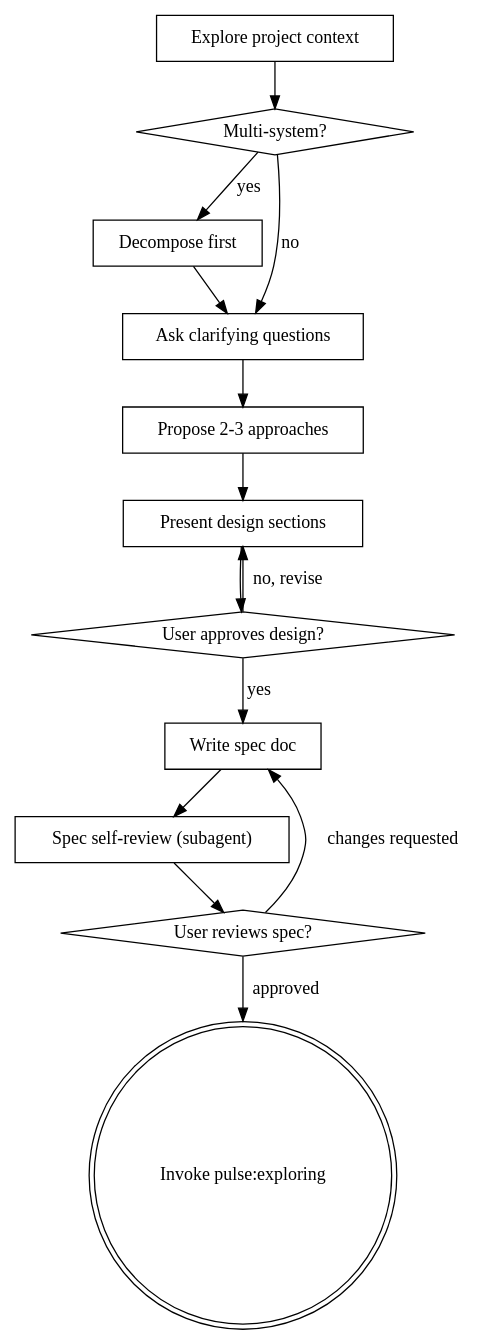
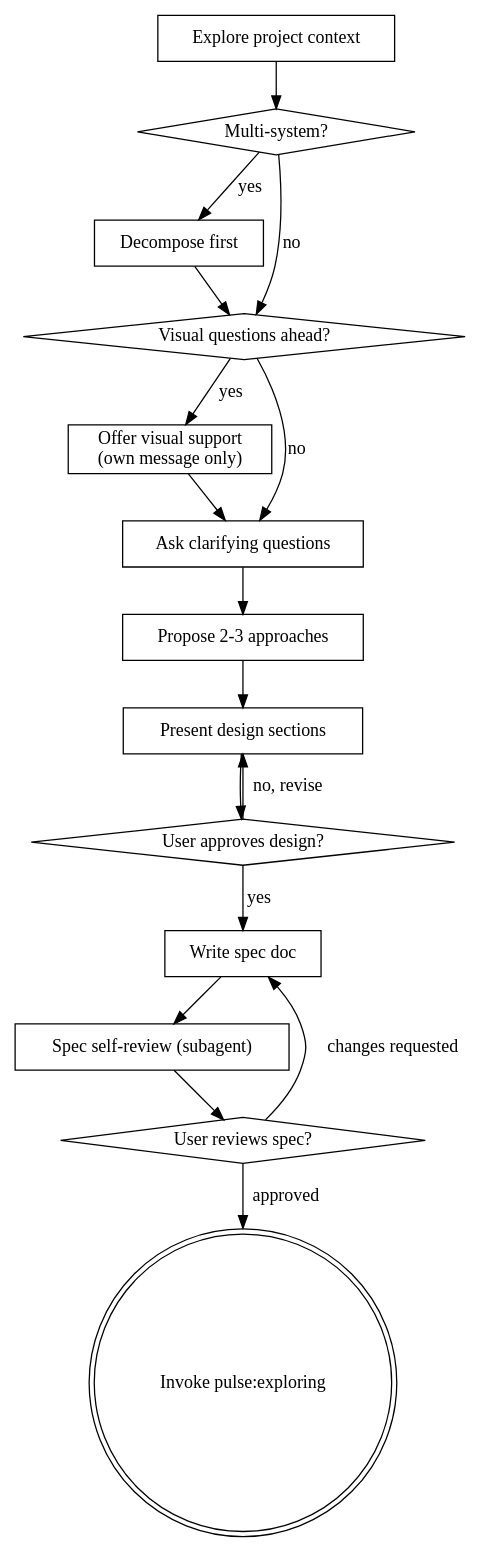
One commit to quanpersie2001/skills changed the diagram in plugins/pulse/skills/brainstorming/SKILL.md. Above: the diagram before and after it, drawn with Graphviz. The commit also changed other lines of this file and 10 other files, not shown here.

````diff
--- a/plugins/pulse/skills/brainstorming/SKILL.md
+++ b/plugins/pulse/skills/brainstorming/SKILL.md
@@ -58,29 +80,34 @@
 ```dot
 digraph brainstorming {
     "Explore project context" [shape=box];
     "Multi-system?" [shape=diamond];
     "Decompose first" [shape=box];
+    "Visual questions ahead?" [shape=diamond];
+    "Offer visual support\n(own message only)" [shape=box];
     "Ask clarifying questions" [shape=box];
     "Propose 2-3 approaches" [shape=box];
     "Present design sections" [shape=box];
     "User approves design?" [shape=diamond];
     "Write spec doc" [shape=box];
     "Spec self-review (subagent)" [shape=box];
     "User reviews spec?" [shape=diamond];
     "Invoke pulse:exploring" [shape=doublecircle];
 
     "Explore project context" -> "Multi-system?";
     "Multi-system?" -> "Decompose first" [label="yes"];
-    "Multi-system?" -> "Ask clarifying questions" [label="no"];
-    "Decompose first" -> "Ask clarifying questions";
+    "Multi-system?" -> "Visual questions ahead?" [label="no"];
+    "Decompose first" -> "Visual questions ahead?";
+    "Visual questions ahead?" -> "Offer visual support\n(own message only)" [label="yes"];
+    "Visual questions ahead?" -> "Ask clarifying questions" [label="no"];
+    "Offer visual support\n(own message only)" -> "Ask clarifying questions";
     "Ask clarifying questions" -> "Propose 2-3 approaches";
     "Propose 2-3 approaches" -> "Present design sections";
-    "Present design sections" -> "User approves design?" ;
+    "Present design sections" -> "User approves design?";
     "User approves design?" -> "Present design sections" [label="no, revise"];
     "User approves design?" -> "Write spec doc" [label="yes"];
     "Write spec doc" -> "Spec self-review (subagent)";
     "Spec self-review (subagent)" -> "User reviews spec?";
     "User reviews spec?" -> "Write spec doc" [label="changes requested"];
     "User reviews spec?" -> "Invoke pulse:exploring" [label="approved"];
 }
 ```
````
